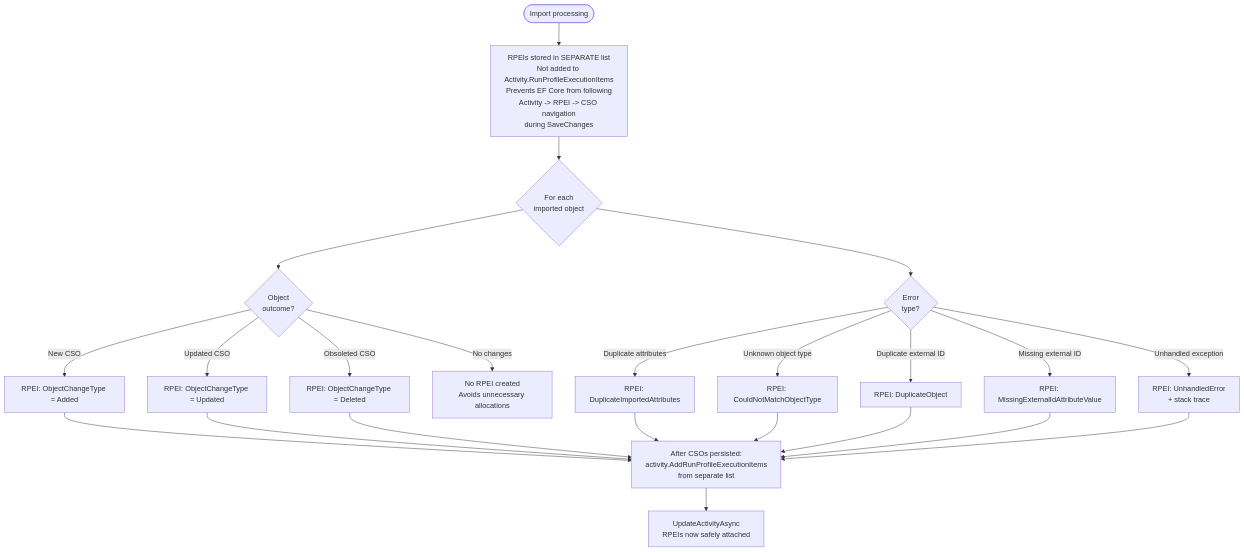
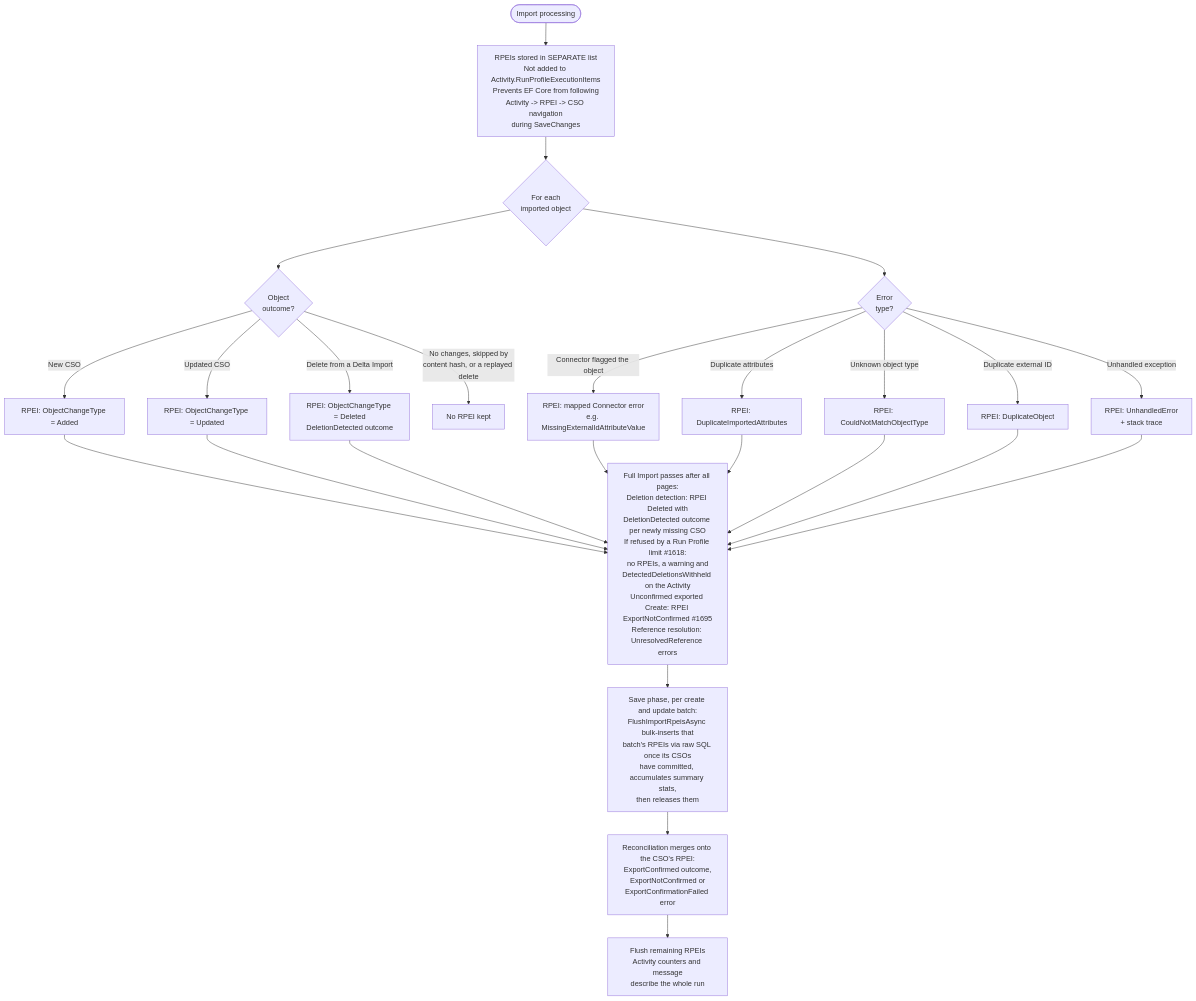
Before and after one commit to TetronIO/JIM: the second of 6 diagrams in docs/developer/diagrams/ACTIVITY_AND_RPEI_FLOW.md, drawn with Mermaid. The commit also changed other lines of this file and 49 other files, not shown here.

Commit message:
docs: update documentation, diagrams and changelog for v0.15.0 release

````diff
--- a/docs/developer/diagrams/ACTIVITY_AND_RPEI_FLOW.md
+++ b/docs/developer/diagrams/ACTIVITY_AND_RPEI_FLOW.md
@@ -63,31 +74,33 @@
 ```mermaid
 flowchart TD
     ImportStart([Import processing]) --> SeparateList[RPEIs stored in SEPARATE list<br/>Not added to Activity.RunProfileExecutionItems<br/>Prevents EF Core from following<br/>Activity -> RPEI -> CSO navigation<br/>during SaveChanges]
 
     SeparateList --> PerObject{For each<br/>imported object}
 
     PerObject --> Success{Object<br/>outcome?}
     Success -->|New CSO| AddedRPEI[RPEI: ObjectChangeType = Added]
     Success -->|Updated CSO| UpdatedRPEI[RPEI: ObjectChangeType = Updated]
-    Success -->|Obsoleted CSO| DeletedRPEI[RPEI: ObjectChangeType = Deleted]
-    Success -->|No changes| NoRPEI[No RPEI created<br/>Avoids unnecessary allocations]
+    Success -->|Delete from a Delta Import| DeletedRPEI[RPEI: ObjectChangeType = Deleted<br/>DeletionDetected outcome]
+    Success -->|No changes, skipped by<br/>content hash, or a replayed delete| NoRPEI[No RPEI kept]
 
     PerObject --> Error{Error<br/>type?}
+    Error -->|Connector flagged the object| ConnRPEI[RPEI: mapped Connector error<br/>e.g. MissingExternalIdAttributeValue]
     Error -->|Duplicate attributes| DupAttrRPEI[RPEI: DuplicateImportedAttributes]
     Error -->|Unknown object type| TypeRPEI[RPEI: CouldNotMatchObjectType]
     Error -->|Duplicate external ID| DupObjRPEI[RPEI: DuplicateObject]
-    Error -->|Missing external ID| MissingIdRPEI[RPEI: MissingExternalIdAttributeValue]
     Error -->|Unhandled exception| UnhandledRPEI[RPEI: UnhandledError<br/>+ stack trace]
 
-    AddedRPEI --> AfterPersist
-    UpdatedRPEI --> AfterPersist
-    DeletedRPEI --> AfterPersist
-    DupAttrRPEI --> AfterPersist
-    TypeRPEI --> AfterPersist
-    DupObjRPEI --> AfterPersist
-    MissingIdRPEI --> AfterPersist
-    UnhandledRPEI --> AfterPersist
+    AddedRPEI --> PostPasses
+    UpdatedRPEI --> PostPasses
+    DeletedRPEI --> PostPasses
+    ConnRPEI --> PostPasses
+    DupAttrRPEI --> PostPasses
+    TypeRPEI --> PostPasses
+    DupObjRPEI --> PostPasses
+    UnhandledRPEI --> PostPasses
 
-    AfterPersist[After CSOs persisted:<br/>activity.AddRunProfileExecutionItems<br/>from separate list]
-    AfterPersist --> UpdateActivity[UpdateActivityAsync<br/>RPEIs now safely attached]
+    PostPasses[Full Import passes after all pages:<br/>Deletion detection: RPEI Deleted with<br/>DeletionDetected outcome per newly missing CSO<br/>If refused by a Run Profile limit #1618:<br/>no RPEIs, a warning and<br/>DetectedDeletionsWithheld on the Activity<br/>Unconfirmed exported Create: RPEI ExportNotConfirmed #1695<br/>Reference resolution: UnresolvedReference errors]
+    PostPasses --> Batches[Save phase, per create and update batch:<br/>FlushImportRpeisAsync bulk-inserts that<br/>batch's RPEIs via raw SQL once its CSOs<br/>have committed, accumulates summary stats,<br/>then releases them]
+    Batches --> Reconcile[Reconciliation merges onto the CSO's RPEI:<br/>ExportConfirmed outcome,<br/>ExportNotConfirmed or<br/>ExportConfirmationFailed error]
+    Reconcile --> FinalFlush[Flush remaining RPEIs<br/>Activity counters and message<br/>describe the whole run]
 ```
````
